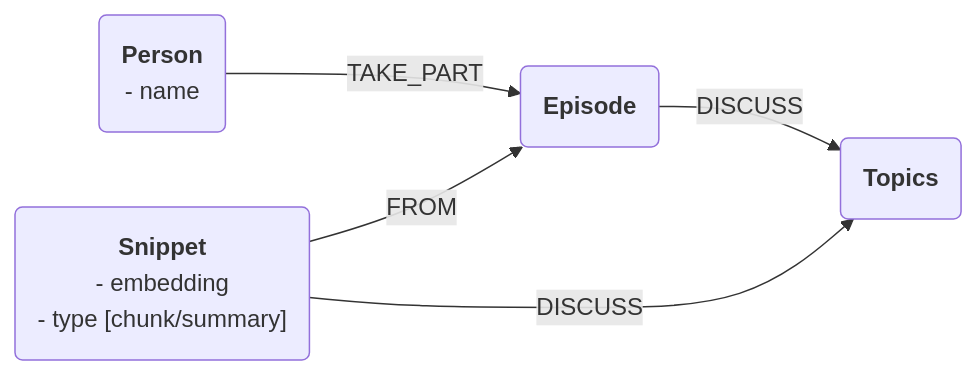
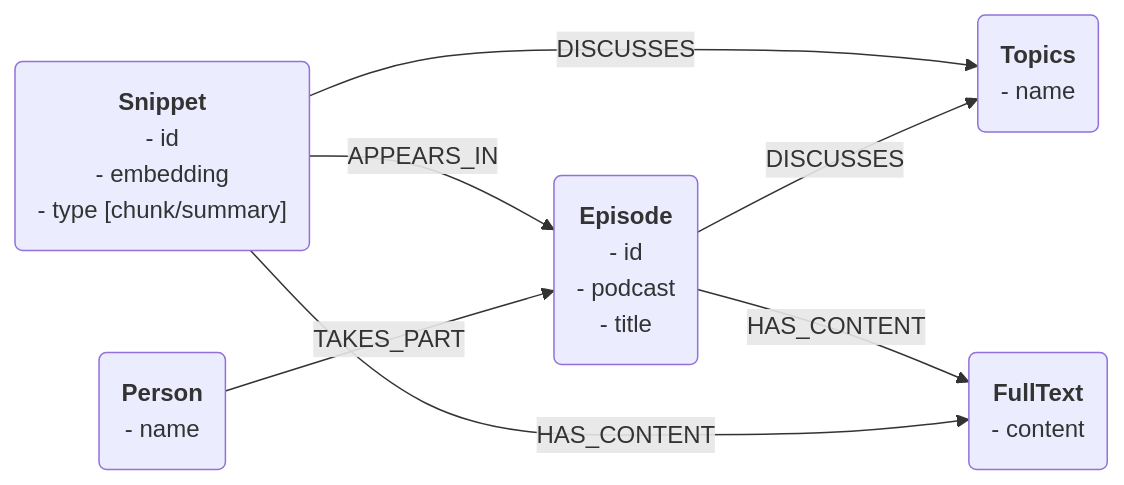
The diagram in Project Ideas/podrag.md (dmb23/tech-notes), drawn with Mermaid before and after one commit.

Commit message:
vault backup: 2025-01-07 15:27:53

````diff
--- a/Project Ideas/podrag.md
+++ b/Project Ideas/podrag.md
@@ -7,15 +7,24 @@
 ```mermaid
 flowchart LR
 	p("`**Person**
 	- name
 	`")
-	t("`**Topics**`")
-	e("`**Episode**`")
+	t("`**Topics**
+	- name`")
+	e("`**Episode**
+	- id
+	- podcast
+	- title`")
 	s("`**Snippet**
+	- id
 	- embedding
 	- type [chunk/summary]`")
-	p -->|"`TAKE_PART`"| e
-	e -->|"`DISCUSS`"| t
-	s -->|"`DISCUSS`"| t
-	s -->|"`FROM`"| e
+	f("`**FullText**
+	- content`")
+	p -->|"`TAKES_PART`"| e
+	e -->|"`DISCUSSES`"| t
+	s -->|"`DISCUSSES`"| t
+	s -->|"`APPEARS_IN`"| e
+	s -->|"`HAS_CONTENT`"| f
+	e -->|"`HAS_CONTENT`"| f
 ```
````
